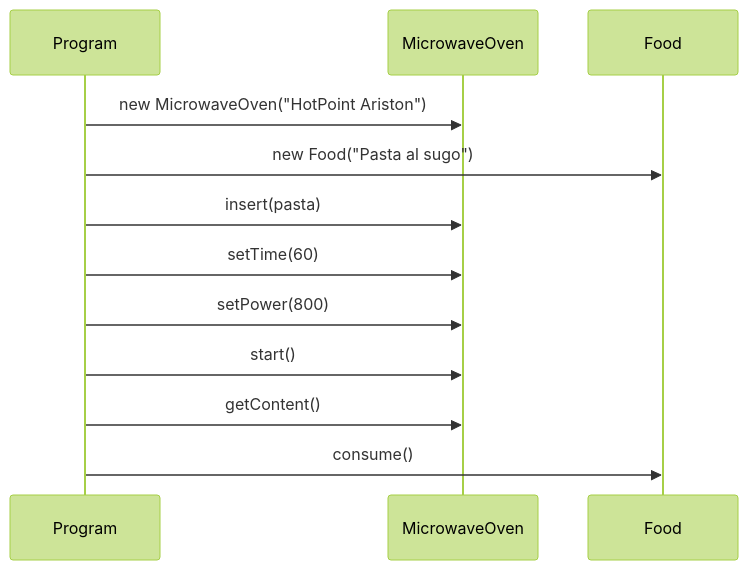
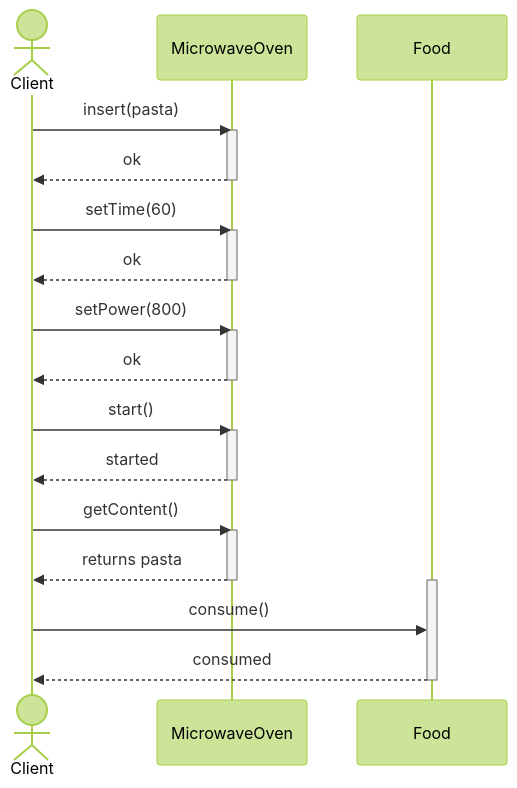
The second of 3 diagrams in lecture-markdown/content/03-objects/generator.md (unibo-lptsi-pss/pss-slides), drawn with Mermaid (forest theme) before and after one commit. The commit also changed other lines of this file and 2 other files, not shown here.

Commit message:
finalize object-1, start on object-2

````diff
--- a/lecture-markdown/content/03-objects/generator.md
+++ b/lecture-markdown/content/03-objects/generator.md
@@ -109,15 +107,36 @@
 ```mermaid
 sequenceDiagram
-  participant Program
+  actor Client
   participant oven as MicrowaveOven
   participant pasta as Food
 
-  Program->>oven: new MicrowaveOven("HotPoint Ariston")
-  Program->>pasta: new Food("Pasta al sugo")
-  Program->>oven: insert(pasta)
-  Program->>oven: setTime(60)
-  Program->>oven: setPower(800)
-  Program->>oven: start()
-  Program->>oven: getContent()
-  Program->>pasta: consume()
+  Client->>oven: insert(pasta)
+  activate oven
+  oven-->>Client: ok
+  deactivate oven
+
+  Client->>oven: setTime(60)
+  activate oven
+  oven-->>Client: ok
+  deactivate oven
+
+  Client->>oven: setPower(800)
+  activate oven
+  oven-->>Client: ok
+  deactivate oven
+
+  Client->>oven: start()
+  activate oven
+  oven-->>Client: started
+  deactivate oven
+
+  Client->>oven: getContent()
+  activate oven
+  oven-->>Client: returns pasta
+  deactivate oven
+
+  activate pasta
+  Client->>pasta: consume()
+  pasta-->>Client: consumed
+  deactivate pasta
 ```
````
